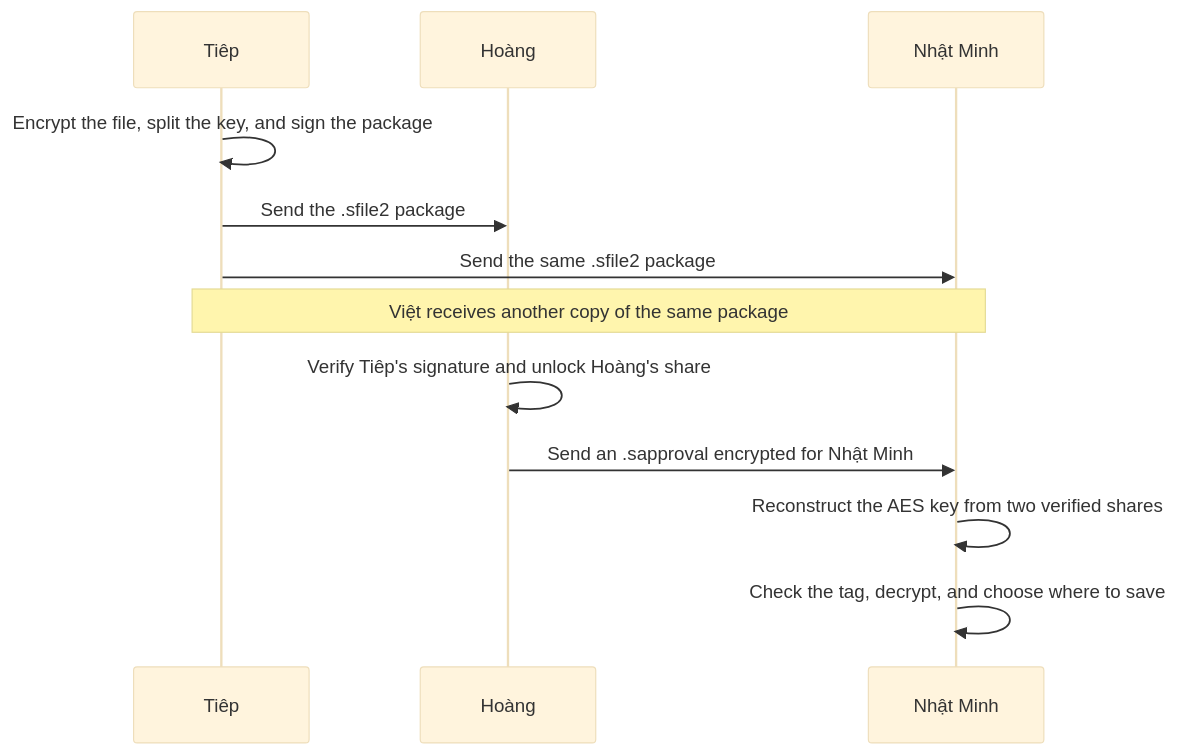
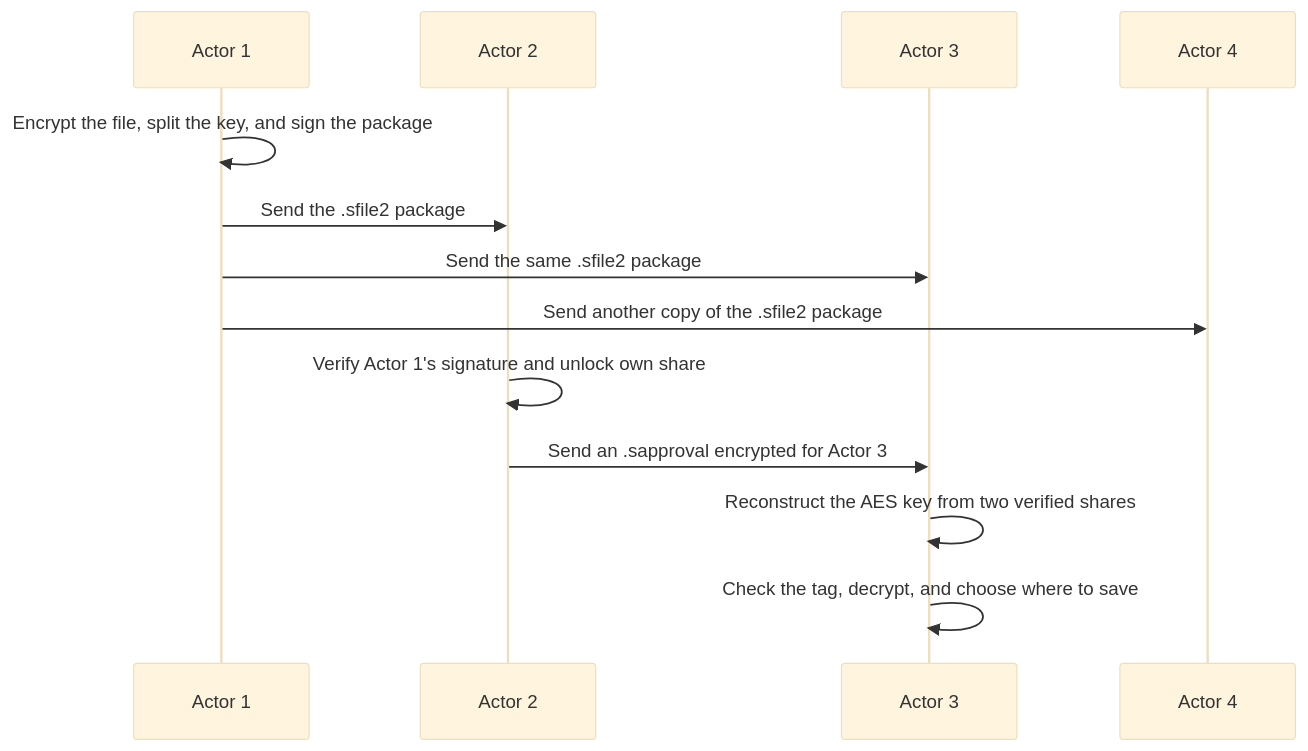
Before and after one commit to lebatiep/Shared-Files-Security: the second of 2 diagrams in README.md, drawn with Mermaid (base theme). The commit also changed other lines of this file, not shown here.

Commit message:
Use actor labels in README workflow examples

````diff
--- a/README.md
+++ b/README.md
@@ -56,14 +56,15 @@
 ```mermaid
 sequenceDiagram
-    participant T as Tiêp
-    participant H as Hoàng
-    participant N as Nhật Minh
-    T->>T: Encrypt the file, split the key, and sign the package
-    T->>H: Send the .sfile2 package
-    T->>N: Send the same .sfile2 package
-    Note over T,N: Việt receives another copy of the same package
-    H->>H: Verify Tiêp's signature and unlock Hoàng's share
-    H->>N: Send an .sapproval encrypted for Nhật Minh
-    N->>N: Reconstruct the AES key from two verified shares
-    N->>N: Check the tag, decrypt, and choose where to save
+    participant A1 as Actor 1
+    participant A2 as Actor 2
+    participant A3 as Actor 3
+    participant A4 as Actor 4
+    A1->>A1: Encrypt the file, split the key, and sign the package
+    A1->>A2: Send the .sfile2 package
+    A1->>A3: Send the same .sfile2 package
+    A1->>A4: Send another copy of the .sfile2 package
+    A2->>A2: Verify Actor 1's signature and unlock own share
+    A2->>A3: Send an .sapproval encrypted for Actor 3
+    A3->>A3: Reconstruct the AES key from two verified shares
+    A3->>A3: Check the tag, decrypt, and choose where to save
 ```
````
